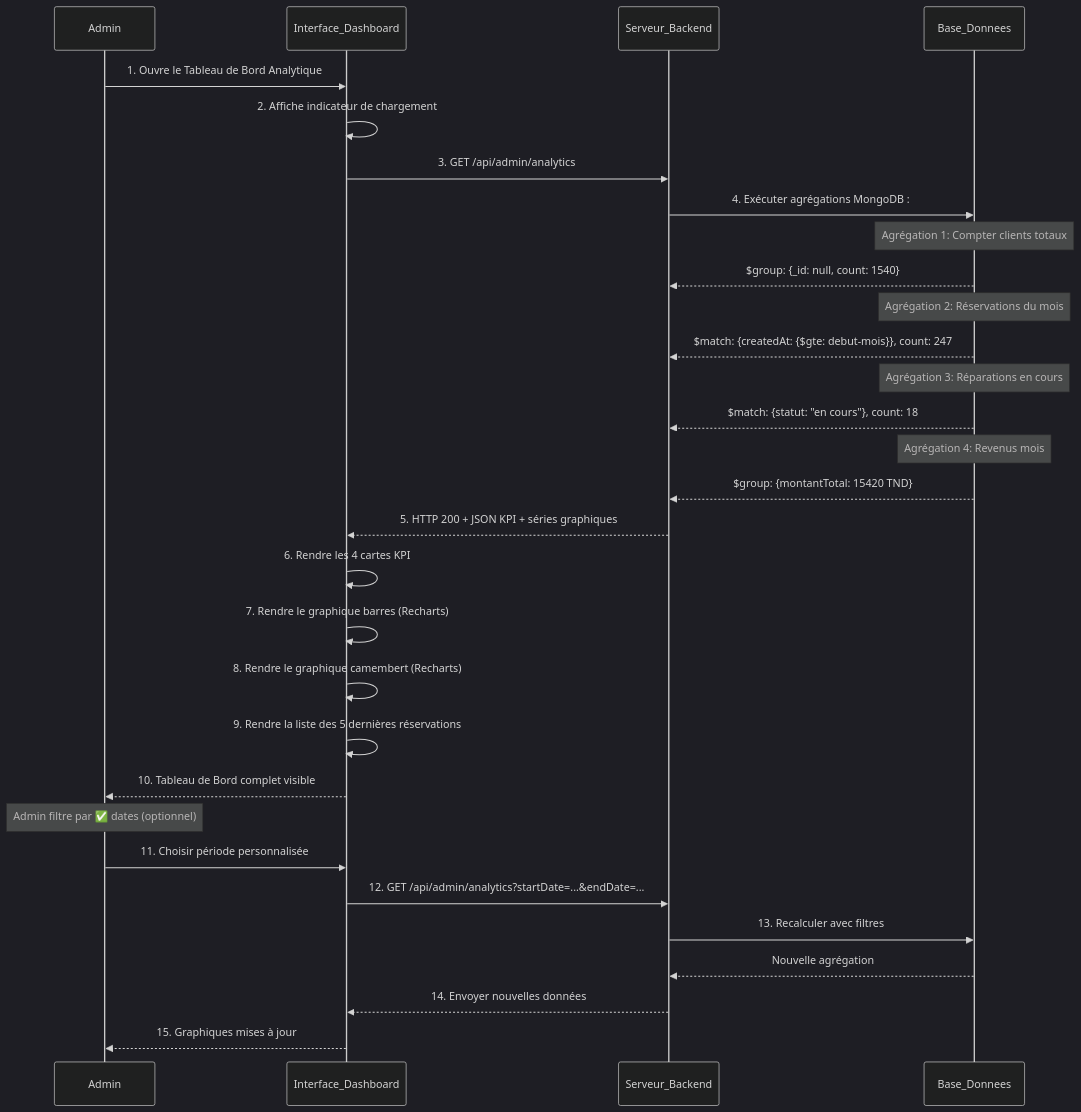
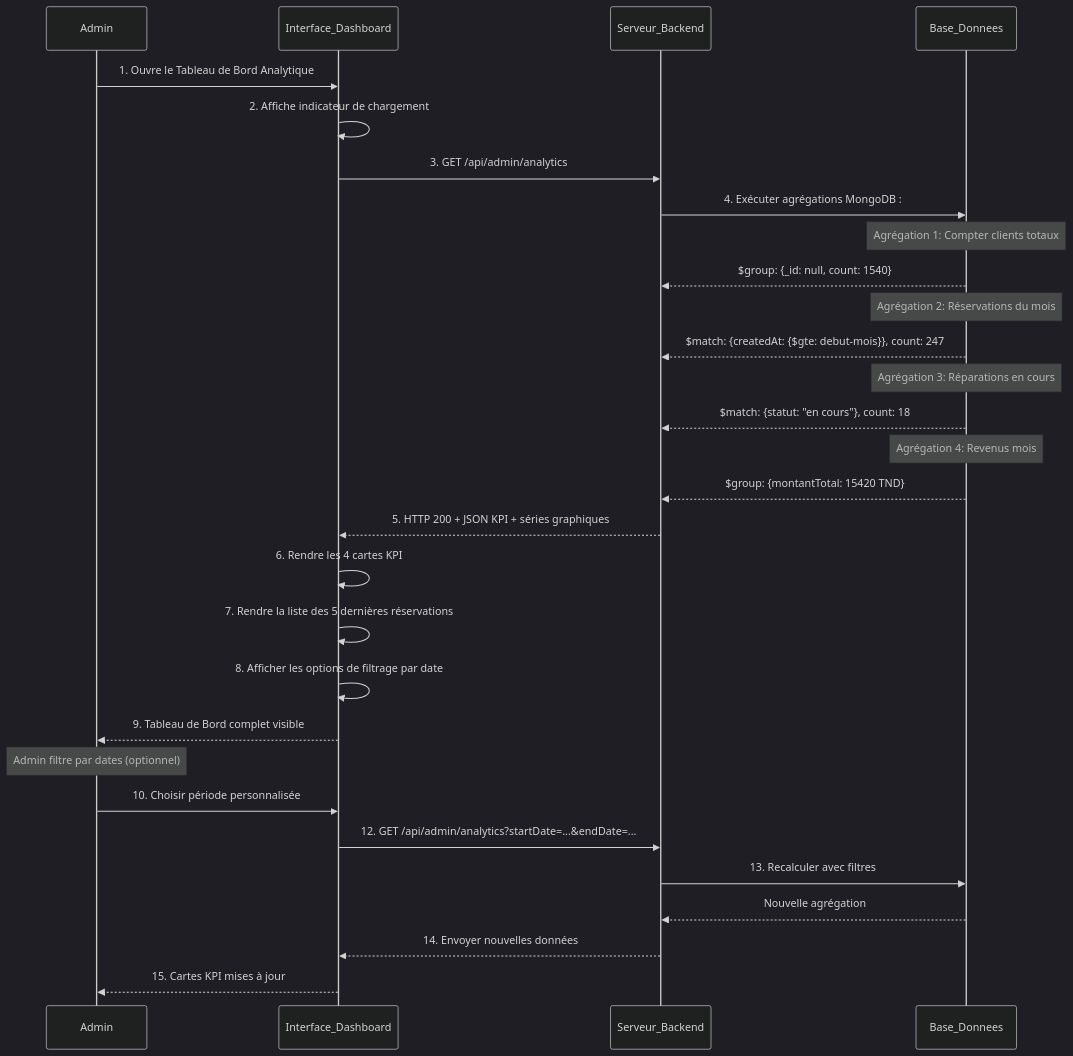
Before and after one commit to Yas-sin-e/stage: the sixth of 7 diagrams in SPRINT_3_COMPLET_VERIFIEE.md, drawn with Mermaid (dark theme). The commit also changed other lines of this file, not shown here.

Commit message:
Correction documentation Sprint 3 - UC-10 Chat IA, verification Recharts, correction Mermaid

````diff
--- a/SPRINT_3_COMPLET_VERIFIEE.md
+++ b/SPRINT_3_COMPLET_VERIFIEE.md
@@ -240,42 +242,40 @@
 ```mermaid
 sequenceDiagram
     participant Admin
     participant Interface_Dashboard
     participant Serveur_Backend
     participant Base_Donnees
     
     Admin->>Interface_Dashboard: 1. Ouvre le Tableau de Bord Analytique
     Interface_Dashboard->>Interface_Dashboard: 2. Affiche indicateur de chargement
     Interface_Dashboard->>Serveur_Backend: 3. GET /api/admin/analytics
     
     Serveur_Backend->>Base_Donnees: 4. Exécuter agrégations MongoDB :
     
     Note over Base_Donnees: Agrégation 1: Compter clients totaux
     Base_Donnees-->>Serveur_Backend: $group: {_id: null, count: 1540}
     
     Note over Base_Donnees: Agrégation 2: Réservations du mois
     Base_Donnees-->>Serveur_Backend: $match: {createdAt: {$gte: debut-mois}}, count: 247
     
     Note over Base_Donnees: Agrégation 3: Réparations en cours
     Base_Donnees-->>Serveur_Backend: $match: {statut: "en cours"}, count: 18
     
     Note over Base_Donnees: Agrégation 4: Revenus mois
     Base_Donnees-->>Serveur_Backend: $group: {montantTotal: 15420 TND}
     
     Serveur_Backend-->>Interface_Dashboard: 5. HTTP 200 + JSON KPI + séries graphiques
     
     Interface_Dashboard->>Interface_Dashboard: 6. Rendre les 4 cartes KPI
-    Interface_Dashboard->>Interface_Dashboard: 7. Rendre le graphique barres (Recharts)
-    Interface_Dashboard->>Interface_Dashboard: 8. Rendre le graphique camembert (Recharts)
-    Interface_Dashboard->>Interface_Dashboard: 9. Rendre la liste des 5 dernières réservations
+    Interface_Dashboard->>Interface_Dashboard: 7. Rendre la liste des 5 dernières réservations
+    Interface_Dashboard->>Interface_Dashboard: 8. Afficher les options de filtrage par date
+    Interface_Dashboard-->>Admin: 9. Tableau de Bord complet visible
     
-    Interface_Dashboard-->>Admin: 10. Tableau de Bord complet visible
-    
-    Note over Admin: Admin filtre par ✅ dates (optionnel)
-    Admin->>Interface_Dashboard: 11. Choisir période personnalisée
+    Note over Admin: Admin filtre par dates (optionnel)
+    Admin->>Interface_Dashboard: 10. Choisir période personnalisée
     Interface_Dashboard->>Serveur_Backend: 12. GET /api/admin/analytics?startDate=...&endDate=...
     Serveur_Backend->>Base_Donnees: 13. Recalculer avec filtres
     Base_Donnees-->>Serveur_Backend: Nouvelle agrégation
     Serveur_Backend-->>Interface_Dashboard: 14. Envoyer nouvelles données
-    Interface_Dashboard-->>Admin: 15. Graphiques mises à jour
+    Interface_Dashboard-->>Admin: 15. Cartes KPI mises à jour
 ```
````
